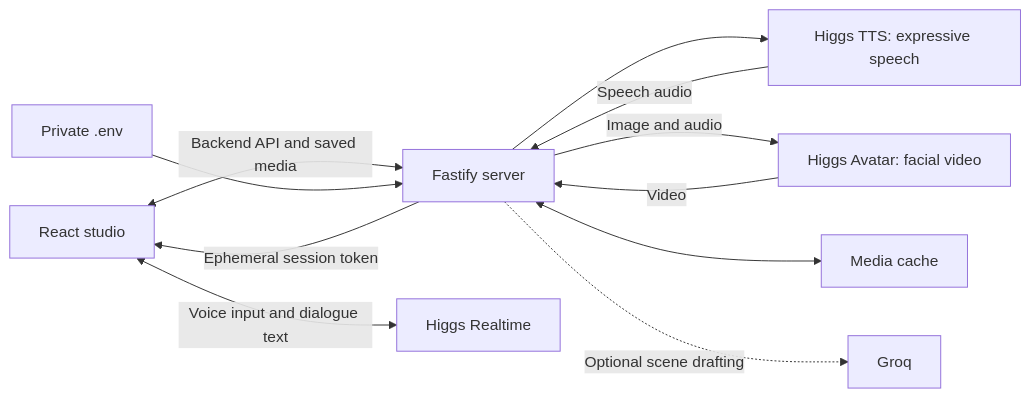
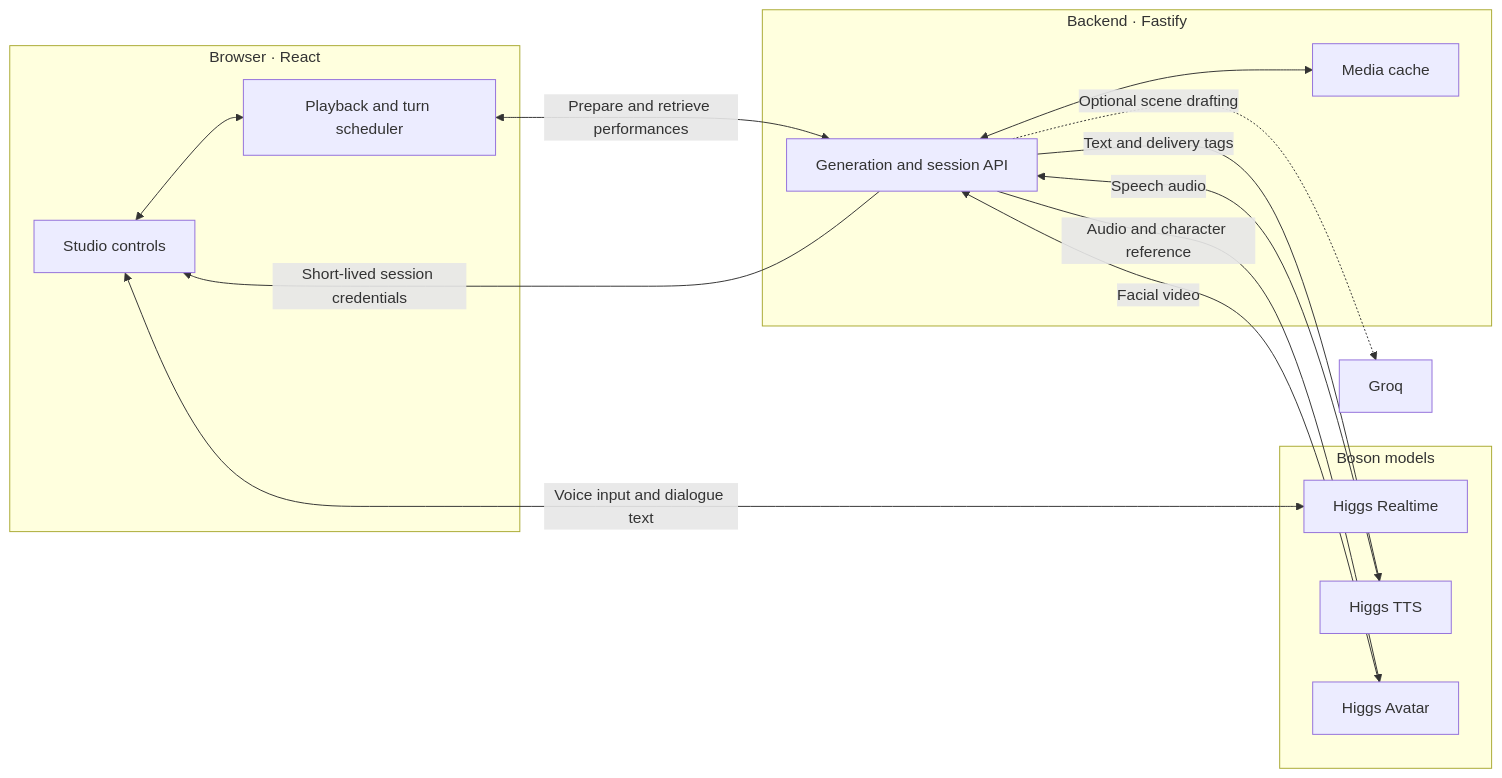
Before and after one commit to navdeepsingh1609/Tales-of-the-Lantern: the first of 2 diagrams in README.md, drawn with Mermaid. The commit also changed other lines of this file, not shown here.

Commit message:
Clarify project overview and architecture

````diff
--- a/README.md
+++ b/README.md
@@ -25,13 +17,26 @@
 ```mermaid
 flowchart LR
-    UI["React studio"] <-->|"Backend API and saved media"| API["Fastify server"]
-    ENV["Private .env"] --> API
-    API -->|"Ephemeral session token"| UI
-    UI <-->|"Voice input and dialogue text"| RT["Higgs Realtime"]
-    API --> TTS["Higgs TTS: expressive speech"]
+    subgraph Browser["Browser · React"]
+        UI["Studio controls"]
+        TURNS["Playback and turn scheduler"]
+        UI <--> TURNS
+    end
+    subgraph Backend["Backend · Fastify"]
+        API["Generation and session API"]
+        CACHE["Media cache"]
+        API <--> CACHE
+    end
+    subgraph Boson["Boson models"]
+        RT["Higgs Realtime"]
+        TTS["Higgs TTS"]
+        AV["Higgs Avatar"]
+    end
+    UI <-->|"Voice input and dialogue text"| RT
+    API -->|"Short-lived session credentials"| UI
+    TURNS <-->|"Prepare and retrieve performances"| API
+    API -->|"Text and delivery tags"| TTS
     TTS -->|"Speech audio"| API
-    API -->|"Image and audio"| AV["Higgs Avatar: facial video"]
-    AV -->|"Video"| API
-    API <--> CACHE["Media cache"]
+    API -->|"Audio and character reference"| AV
+    AV -->|"Facial video"| API
     API -.->|"Optional scene drafting"| GROQ["Groq"]
 ```
````
